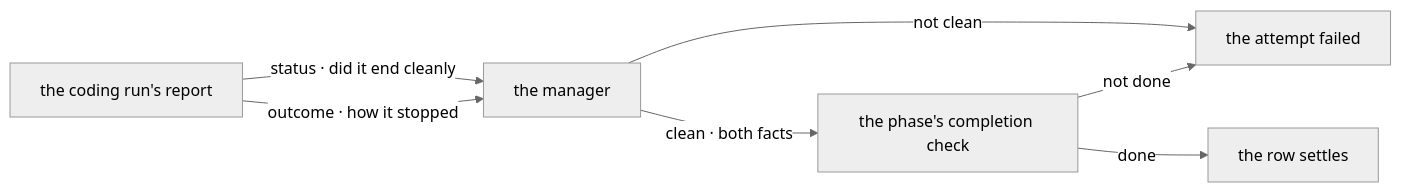
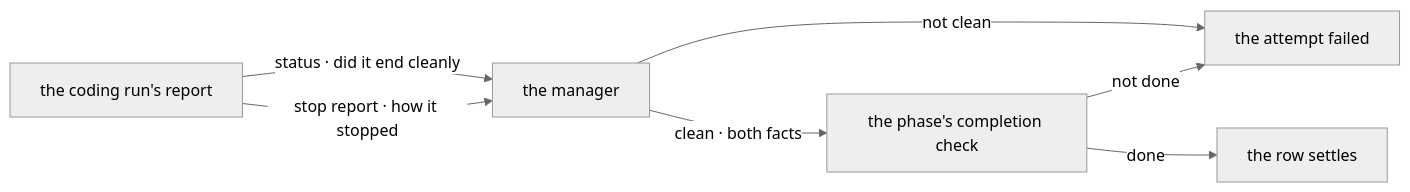
The diagram in spec/FIX-1438/SPEC.md (fixpoint-labs/flow-state-dev), drawn with Mermaid (neutral theme) before and after one commit. The commit also changed other lines of this file and 4 other files, not shown here.

First line of the commit message:
spec(FIX-1438): name the run's stop report apart from the run record's outcome

````diff
--- a/spec/FIX-1438/SPEC.md
+++ b/spec/FIX-1438/SPEC.md
@@ -39,9 +43,9 @@
 ```mermaid
 flowchart LR
   H["the coding run's report"] -->|"status · did it end cleanly"| M["the manager"]
-  H -->|"outcome · how it stopped"| M
+  H -->|"stop report · how it stopped"| M
   M -->|"not clean"| F["the attempt failed"]
   M -->|"clean · both facts"| P["the phase's completion check"]
   P -->|"done"| C["the row settles"]
   P -->|"not done"| F
 ```
````
